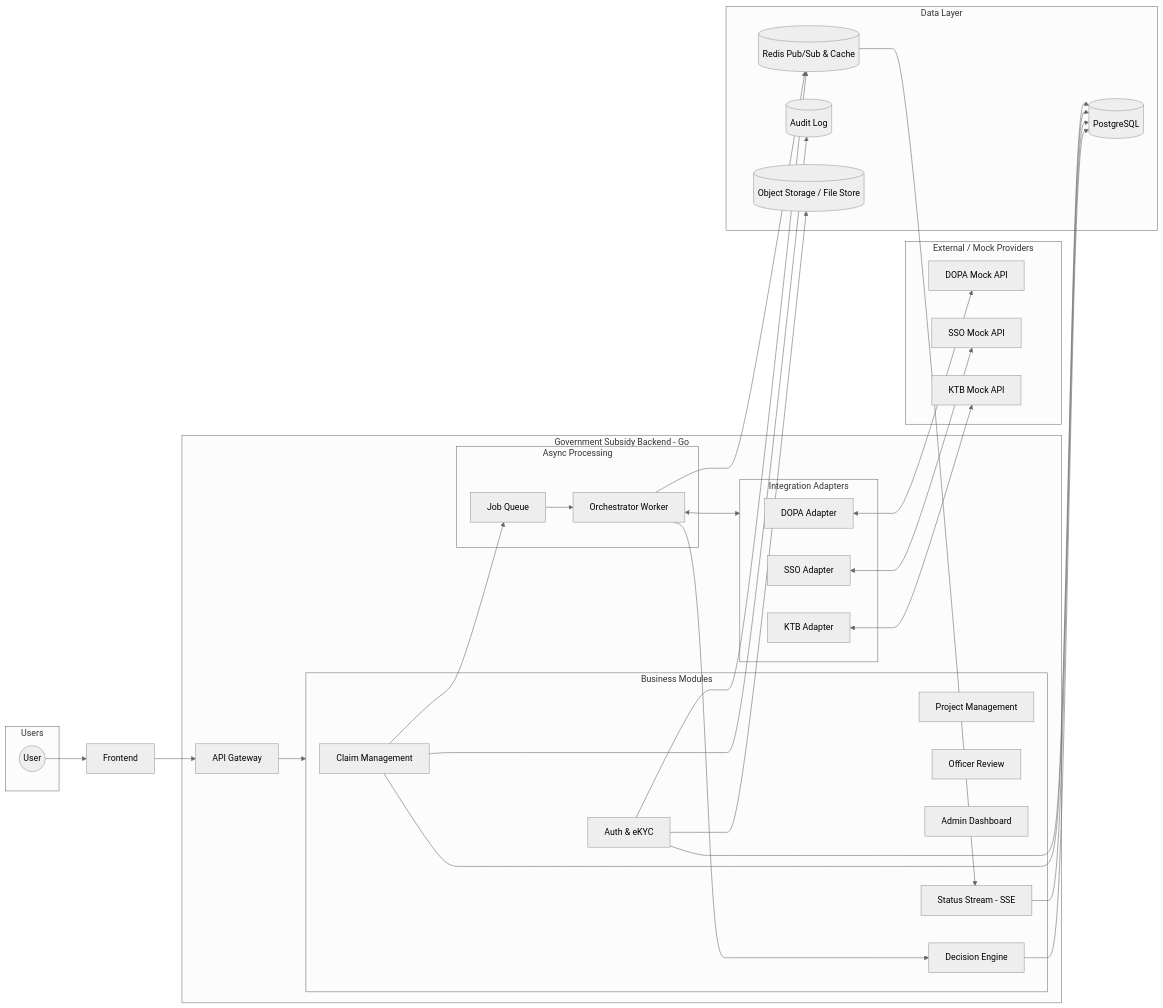
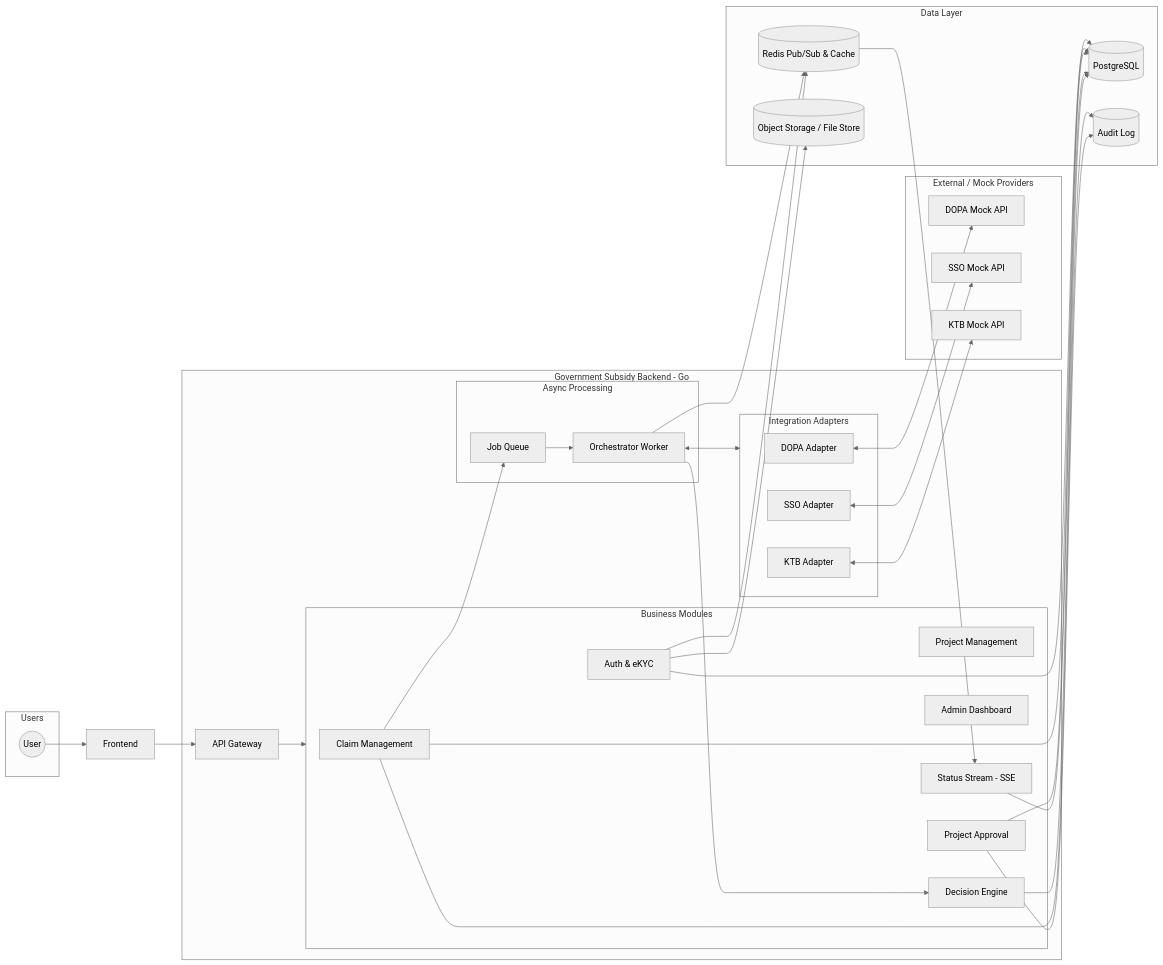
The diagram in docs/architecture/technical-architecture.md (Suphawit-Hngosakul/Government-Subsidy-System), drawn with Mermaid (neutral theme) before and after one commit. The commit also changed 3 other files, not shown here.

Commit message:
docs: update some diagram

````diff
--- a/docs/architecture/technical-architecture.md
+++ b/docs/architecture/technical-architecture.md
@@ -1,60 +1,63 @@
 ```mermaid
 graph LR
     subgraph Users
         User((User))
     end
     User --> Frontend[Frontend]
     Frontend --> APIGateway[API Gateway]
     subgraph Backend [Government Subsidy Backend - Go]
         APIGateway --> BusinessModules
         
         subgraph BusinessModules [Business Modules]
             ClaimMgmt[Claim Management]
             AuthKYC[Auth & eKYC]
             ProjMgmt[Project Management]
-            OfficerReview[Officer Review]
+            ProjectApproval[Project Approval]
             AdminDash[Admin Dashboard]
             StatusStream[Status Stream - SSE]
             DecisionEngine[Decision Engine]
         end
         subgraph AsyncProcessing [Async Processing]
             JobQueue[Job Queue]
             OrchWorker[Orchestrator Worker]
         end
         subgraph IntegrationAdapters [Integration Adapters]
             DOPA_Adp[DOPA Adapter]
             SSO_Adp[SSO Adapter]
             KTB_Adp[KTB Adapter]
         end
         %% Internal Flows (Corrected)
         ClaimMgmt --> JobQueue
         JobQueue --> OrchWorker
         OrchWorker <--> IntegrationAdapters
         OrchWorker --> DecisionEngine
     end
     subgraph ExternalProviders [External / Mock Providers]
         DOPA_Adp <--> DOPA_Mock[DOPA Mock API]
         SSO_Adp <--> SSO_Mock[SSO Mock API]
         KTB_Adp <--> KTB_Mock[KTB Mock API]
     end
     subgraph DataLayer [Data Layer]
         Redis[(Redis Pub/Sub & Cache)]
         Postgres[(PostgreSQL)]
         AuditLog[(Audit Log)]
         ObjectStorage[(Object Storage / File Store)]
     end
     %% Database Connections
     AuthKYC --> Redis
     AuthKYC --> Postgres
     AuthKYC --> ObjectStorage
     
     ClaimMgmt --> Postgres
     ClaimMgmt --> AuditLog
+
+    ProjectApproval --> Postgres
+    ProjectApproval --> AuditLog
     
     %% Real-time Notification Flow
     OrchWorker --> Redis
     Redis --> StatusStream
     
     StatusStream --> Postgres
     DecisionEngine --> Postgres
 ```
````
